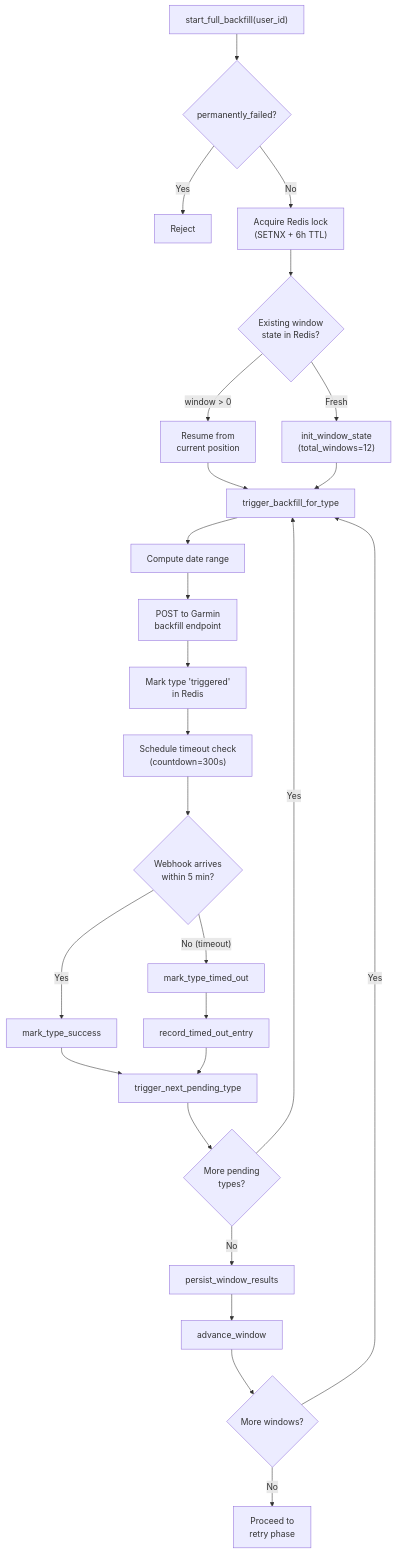
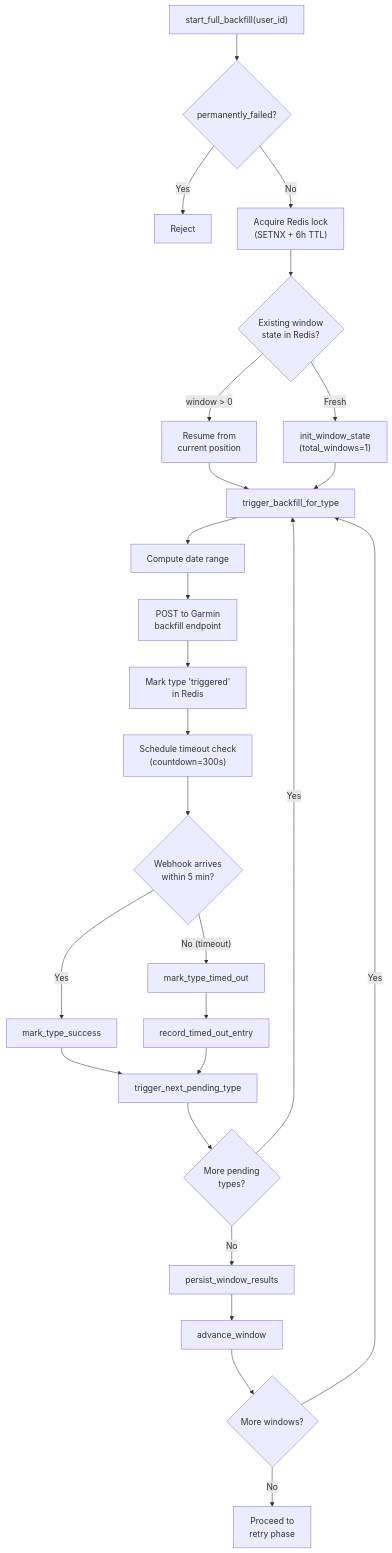
The fourth of 6 diagrams in docs/providers/garmin-data-pipeline.mdx (the-momentum/open-wearables), drawn with Mermaid before and after one commit. The commit also changed other lines of this file, not shown here.

Commit message:
fix: update Garmin backfill total windows to 1 in docs for compliance with actual implementation

````diff
--- a/docs/providers/garmin-data-pipeline.mdx
+++ b/docs/providers/garmin-data-pipeline.mdx
@@ -158,33 +158,33 @@
 ```mermaid
 graph TD
     A["start_full_backfill(user_id)"] --> B{"permanently_failed?"}
     B -->|"Yes"| B1["Reject"]
     B -->|"No"| C["Acquire Redis lock<br/>(SETNX + 6h TTL)"]
     C --> D{"Existing window<br/>state in Redis?"}
     D -->|"window > 0"| E["Resume from<br/>current position"]
-    D -->|"Fresh"| F["init_window_state<br/>(total_windows=12)"]
+    D -->|"Fresh"| F["init_window_state<br/>(total_windows=1)"]
     E --> G["trigger_backfill_for_type"]
     F --> G
 
     G --> G1["Compute date range"]
     G1 --> G2["POST to Garmin<br/>backfill endpoint"]
     G2 --> G3["Mark type 'triggered'<br/>in Redis"]
     G3 --> G4["Schedule timeout check<br/>(countdown=300s)"]
 
     G4 --> H{"Webhook arrives<br/>within 5 min?"}
 
     H -->|"Yes"| I["mark_type_success"]
     I --> J["trigger_next_pending_type"]
     J --> K{"More pending<br/>types?"}
     K -->|"Yes"| G
     K -->|"No"| L["persist_window_results"]
 
     H -->|"No (timeout)"| M["mark_type_timed_out"]
     M --> M1["record_timed_out_entry"]
     M1 --> J
 
     L --> L1["advance_window"]
     L1 --> N{"More windows?"}
     N -->|"Yes"| G
     N -->|"No"| O["Proceed to<br/>retry phase"]
 ```
````
